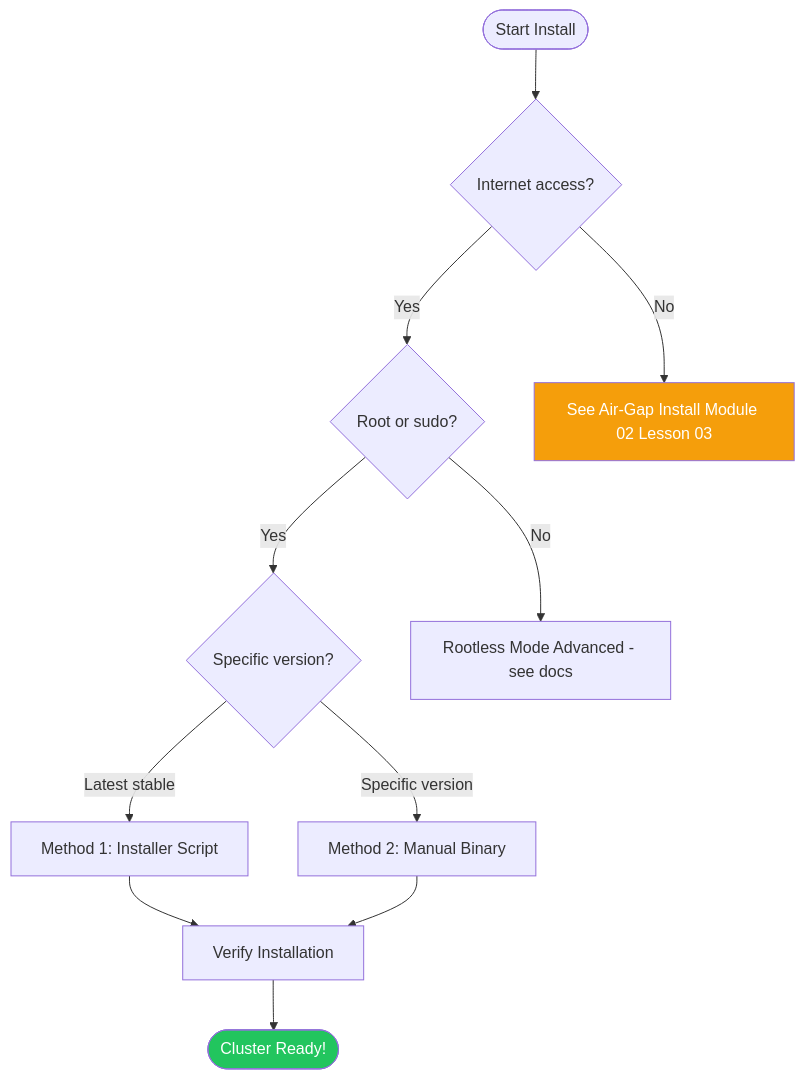
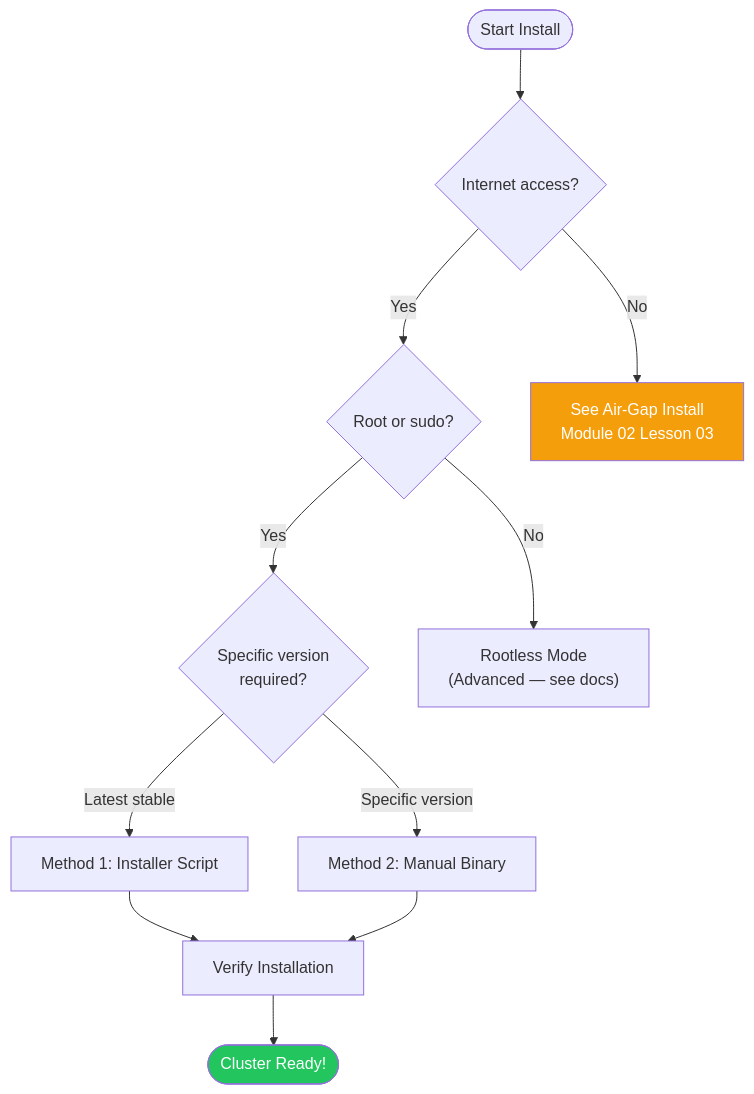
The first of 3 diagrams in 02_installation/01_single_node_quickstart.md (UncleJS/course_k3s), drawn with Mermaid before and after one commit. The commit also changed other lines of this file and 45 other files, not shown here.

First line of the commit message:
Expand all course lessons: Mermaid diagrams + rich prose across 43 files

````diff
--- a/02_installation/01_single_node_quickstart.md
+++ b/02_installation/01_single_node_quickstart.md
@@ -58,19 +73,19 @@
 ```mermaid
 flowchart TD
-    A([Start Install]) --> B{Internet access?}
-    B -->|Yes| C{Root or sudo?}
-    B -->|No| AIRGAP[See Air-Gap Install Module 02 Lesson 03]
+    A(["Start Install"]) --> B{"Internet access?"}
+    B -->|"Yes"| C{"Root or sudo?"}
+    B -->|"No"| AIRGAP["See Air-Gap Install<br/>Module 02 Lesson 03"]
 
-    C -->|Yes| D{Specific version?}
-    C -->|No| ROOTLESS[Rootless Mode Advanced - see docs]
+    C -->|"Yes"| D{"Specific version<br/>required?"}
+    C -->|"No"| ROOTLESS["Rootless Mode<br/>(Advanced — see docs)"]
 
-    D -->|Latest stable| SCRIPT[Method 1: Installer Script]
-    D -->|Specific version| MANUAL[Method 2: Manual Binary]
+    D -->|"Latest stable"| SCRIPT["Method 1: Installer Script"]
+    D -->|"Specific version"| MANUAL["Method 2: Manual Binary"]
 
-    SCRIPT --> VERIFY[Verify Installation]
+    SCRIPT --> VERIFY["Verify Installation"]
     MANUAL --> VERIFY
-    VERIFY --> DONE([Cluster Ready!])
+    VERIFY --> DONE(["Cluster Ready!"])
 
     style DONE fill:#22c55e,color:#fff
     style AIRGAP fill:#f59e0b,color:#fff
 ```
````
